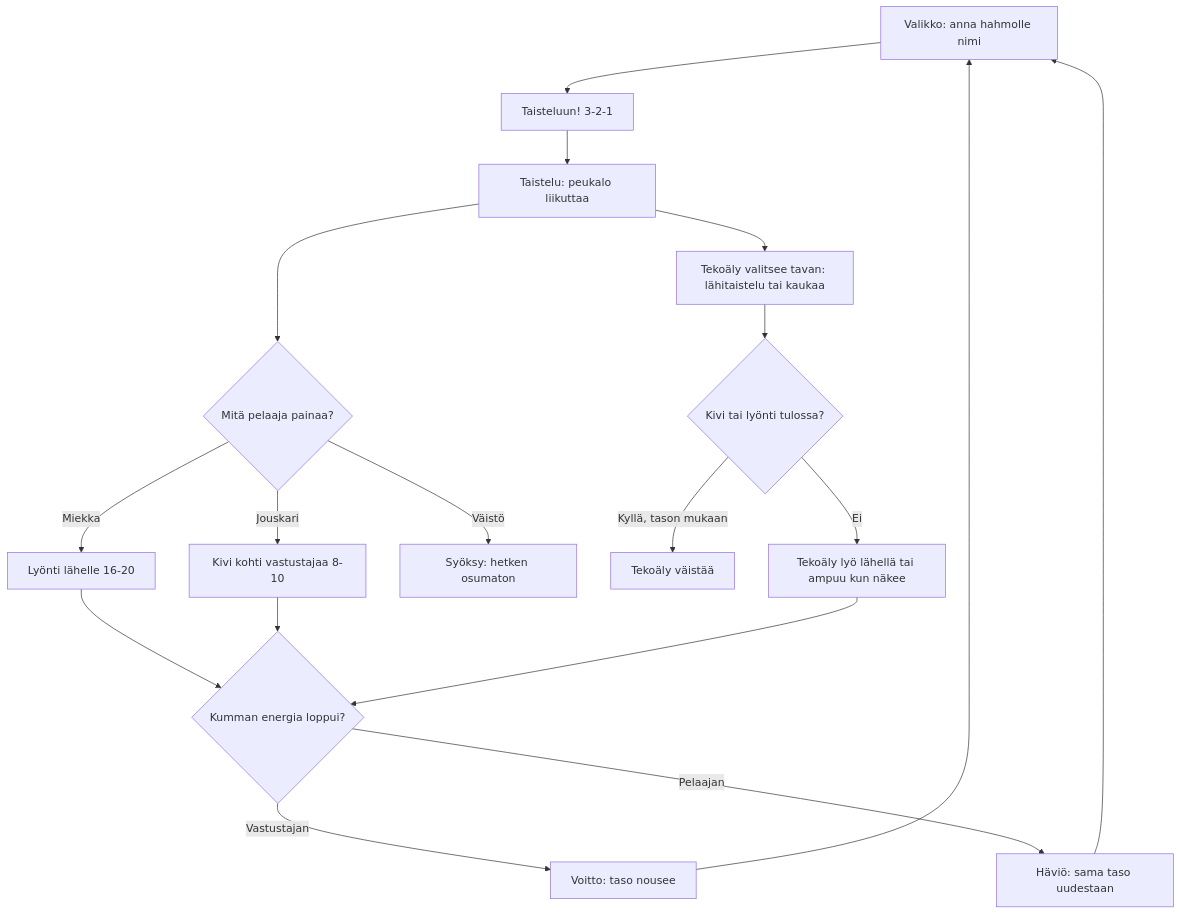
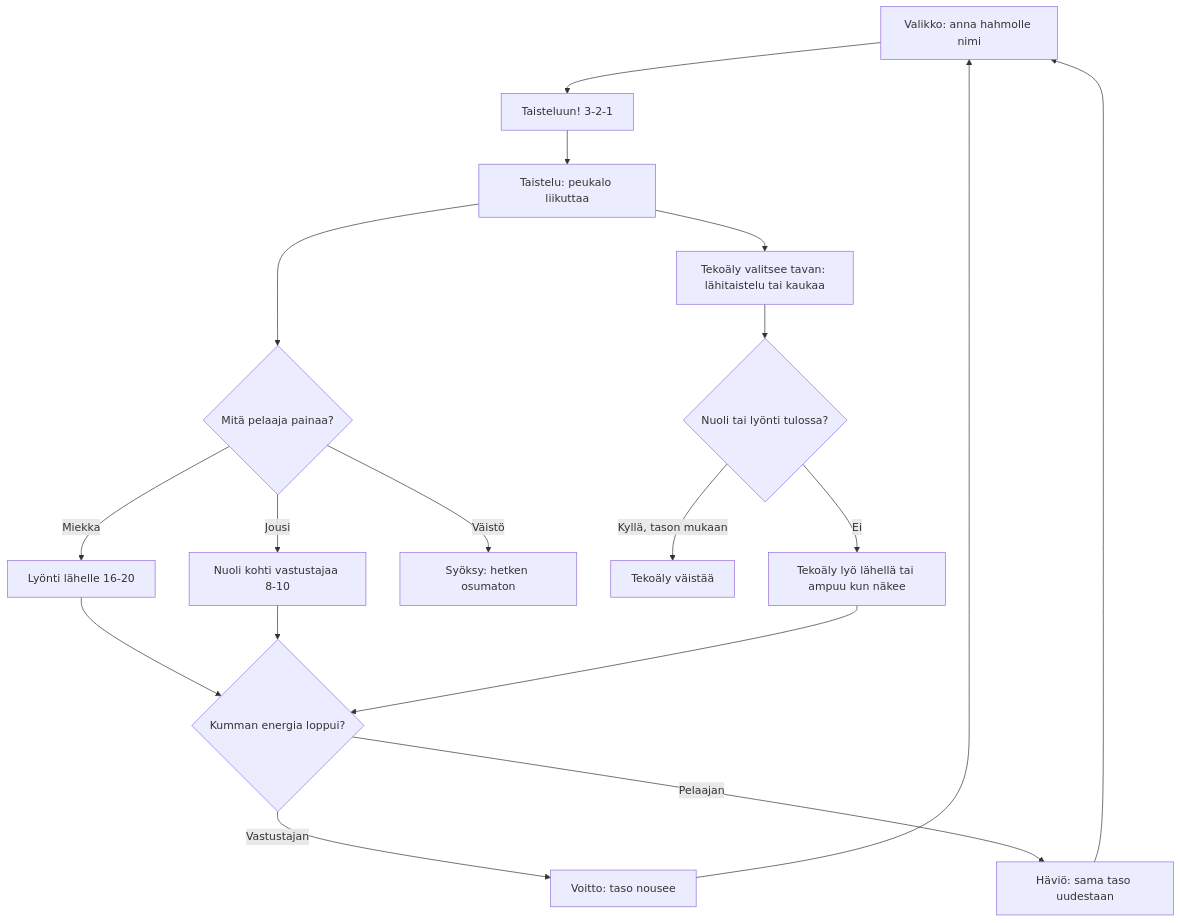
One commit to eerovil/ai-pelit changed the diagram in docs/diagrams/areena.md. Above: the diagram before and after it, drawn with Mermaid. The commit also changed other lines of this file and 2 other files, not shown here.

````diff
--- a/docs/diagrams/areena.md
+++ b/docs/diagrams/areena.md
@@ -7,26 +7,26 @@
 ```mermaid
 flowchart TD
   A[Valikko: anna hahmolle nimi] --> B[Taisteluun! 3-2-1]
   B --> C[Taistelu: peukalo liikuttaa]
   C --> D{Mitä pelaaja painaa?}
   D -- Miekka --> E[Lyönti lähelle 16-20]
-  D -- Jouskari --> F[Kivi kohti vastustajaa 8-10]
+  D -- Jousi --> F[Nuoli kohti vastustajaa 8-10]
   D -- Väistö --> G[Syöksy: hetken osumaton]
   C --> H[Tekoäly valitsee tavan: lähitaistelu tai kaukaa]
-  H --> I{Kivi tai lyönti tulossa?}
+  H --> I{Nuoli tai lyönti tulossa?}
   I -- Kyllä, tason mukaan --> J[Tekoäly väistää]
   I -- Ei --> K[Tekoäly lyö lähellä tai ampuu kun näkee]
   E --> L{Kumman energia loppui?}
   F --> L
   K --> L
   L -- Vastustajan --> M[Voitto: taso nousee]
   L -- Pelaajan --> N[Häviö: sama taso uudestaan]
   M --> A
   N --> A
   class A,B,C blue
   class D,I,L amber
   class E,F,G teal
   class H,J,K violet
   class M green
   class N rose
 ```
````
